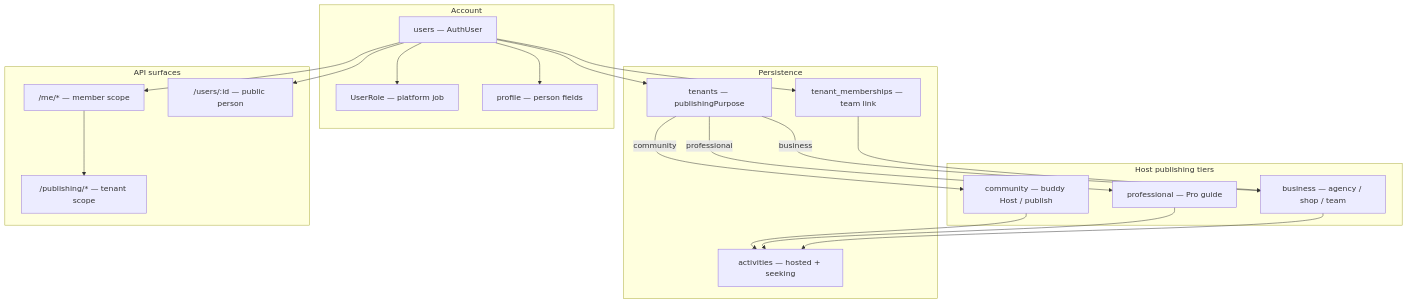
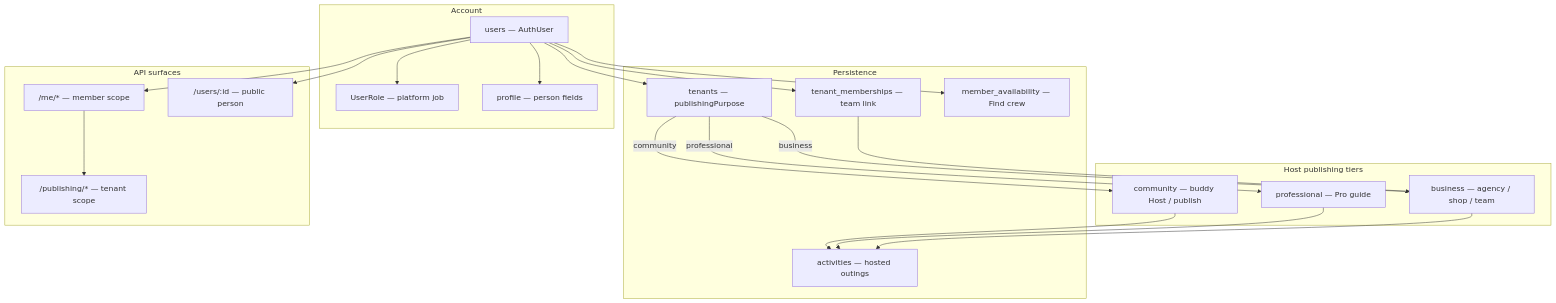
The diagram in docs/MEMBER_MODEL.md (rajpurchasync/UAEtrail), drawn with Mermaid before and after one commit. The commit also changed other lines of this file and 78 other files, not shown here.

First line of the commit message:
Retire seeking-as-activity; align Find crew with member_availability and intent compose.

````diff
--- a/docs/MEMBER_MODEL.md
+++ b/docs/MEMBER_MODEL.md
@@ -50,41 +50,43 @@
 ```mermaid
 flowchart TB
   subgraph account [Account]
     U[users — AuthUser]
     UR[UserRole — platform job]
     UP[profile — person fields]
   end
 
   subgraph tiers [Host publishing tiers]
     C[community — buddy Host / publish]
     P[professional — Pro guide]
     B[business — agency / shop / team]
   end
 
   subgraph storage [Persistence]
     T[tenants — publishingPurpose]
     TM[tenant_memberships — team link]
-    A[activities — hosted + seeking]
+    A[activities — hosted outings]
+    AV[member_availability — Find crew]
   end
 
   subgraph api [API surfaces]
     ME["/me/* — member scope"]
     PUBWS["/publishing/* — tenant scope"]
     PUB["/users/:id — public person"]
   end
 
   U --> UP
   U --> UR
   U --> TM
   U --> T
   T -->|community| C
   T -->|professional| P
   T -->|business| B
   TM --> B
   C --> A
   P --> A
   B --> A
+  U --> AV
   ME --> PUBWS
   U --> ME
   U --> PUB
 ```
````
